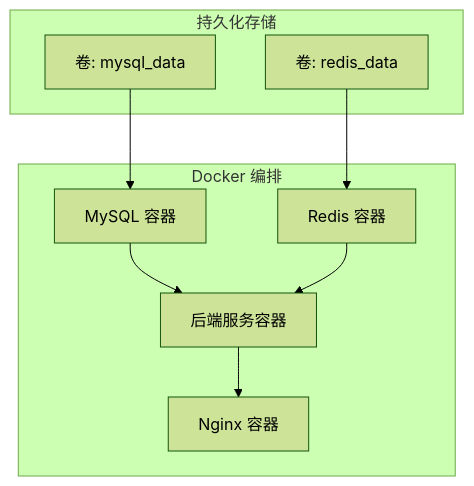
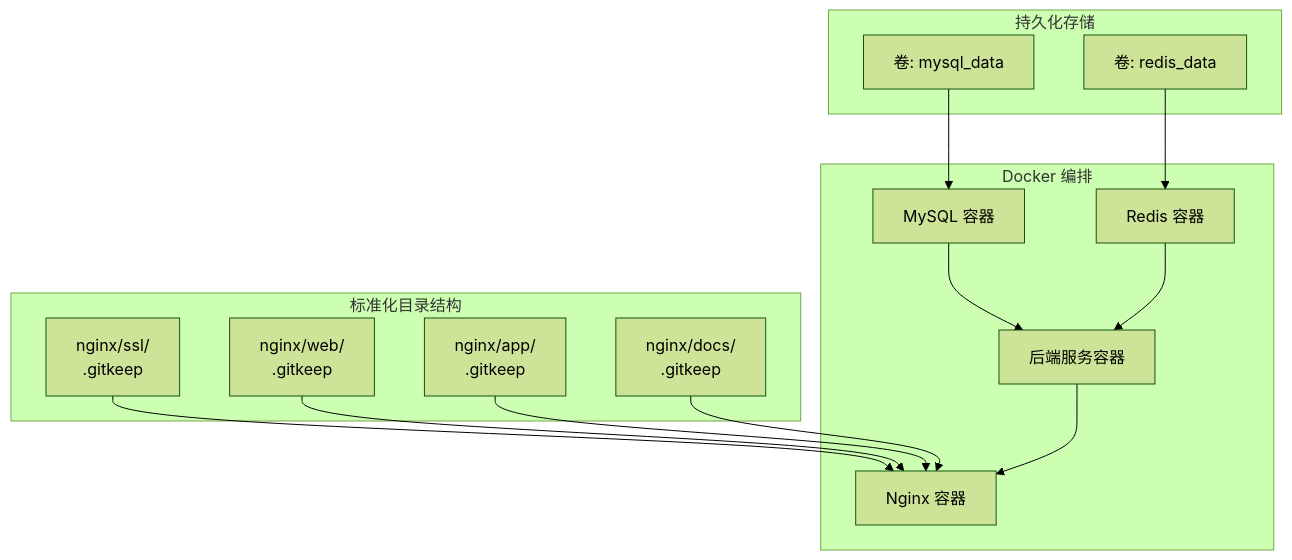
Before and after one commit to dhj-git/FastapiAdmin: the first of 4 diagrams in .qoder/repowiki/zh/content/部署运维/Docker 容器化部署.md, drawn with Mermaid (forest theme). The commit also changed other lines of this file and 5 other files, not shown here.

````diff
--- a/.qoder/repowiki/zh/content/部署运维/Docker 容器化部署.md
+++ b/.qoder/repowiki/zh/content/部署运维/Docker 容器化部署.md
@@ -34,18 +45,28 @@
 ```mermaid
 graph TB
 subgraph "Docker 编排"
 MYSQL["MySQL 容器"]
 REDIS["Redis 容器"]
 BACKEND["后端服务容器"]
 NGINX["Nginx 容器"]
 end
+subgraph "标准化目录结构"
+NGINX_SSL["nginx/ssl/<br/>.gitkeep"]
+NGINX_WEB["nginx/web/<br/>.gitkeep"]
+NGINX_APP["nginx/app/<br/>.gitkeep"]
+NGINX_DOCS["nginx/docs/<br/>.gitkeep"]
+end
 subgraph "持久化存储"
 MYSQL_DATA["卷: mysql_data"]
 REDIS_DATA["卷: redis_data"]
 end
 MYSQL_DATA --> MYSQL
 REDIS_DATA --> REDIS
+NGINX_SSL --> NGINX
+NGINX_WEB --> NGINX
+NGINX_APP --> NGINX
+NGINX_DOCS --> NGINX
 MYSQL --> BACKEND
 REDIS --> BACKEND
 BACKEND --> NGINX
 ```
````
